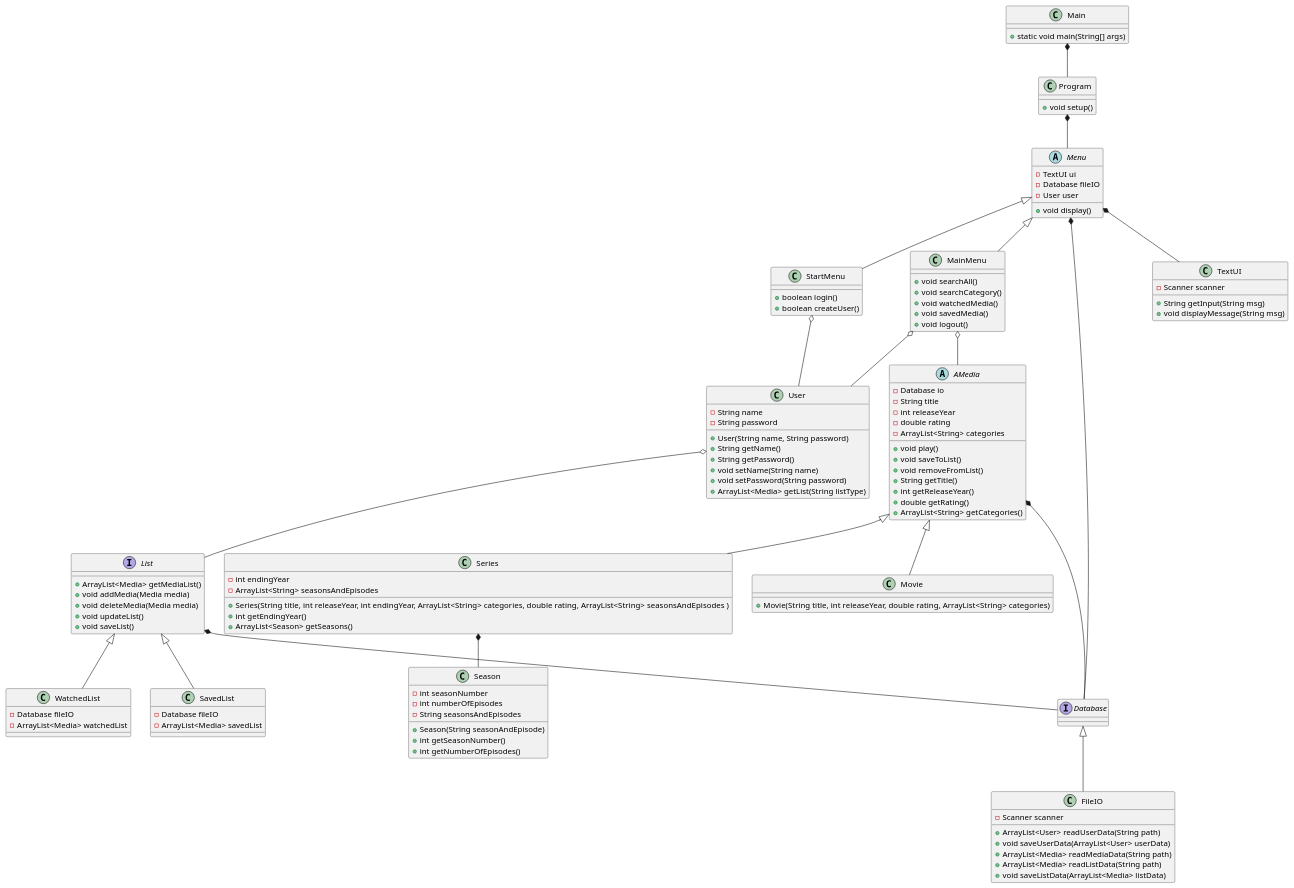
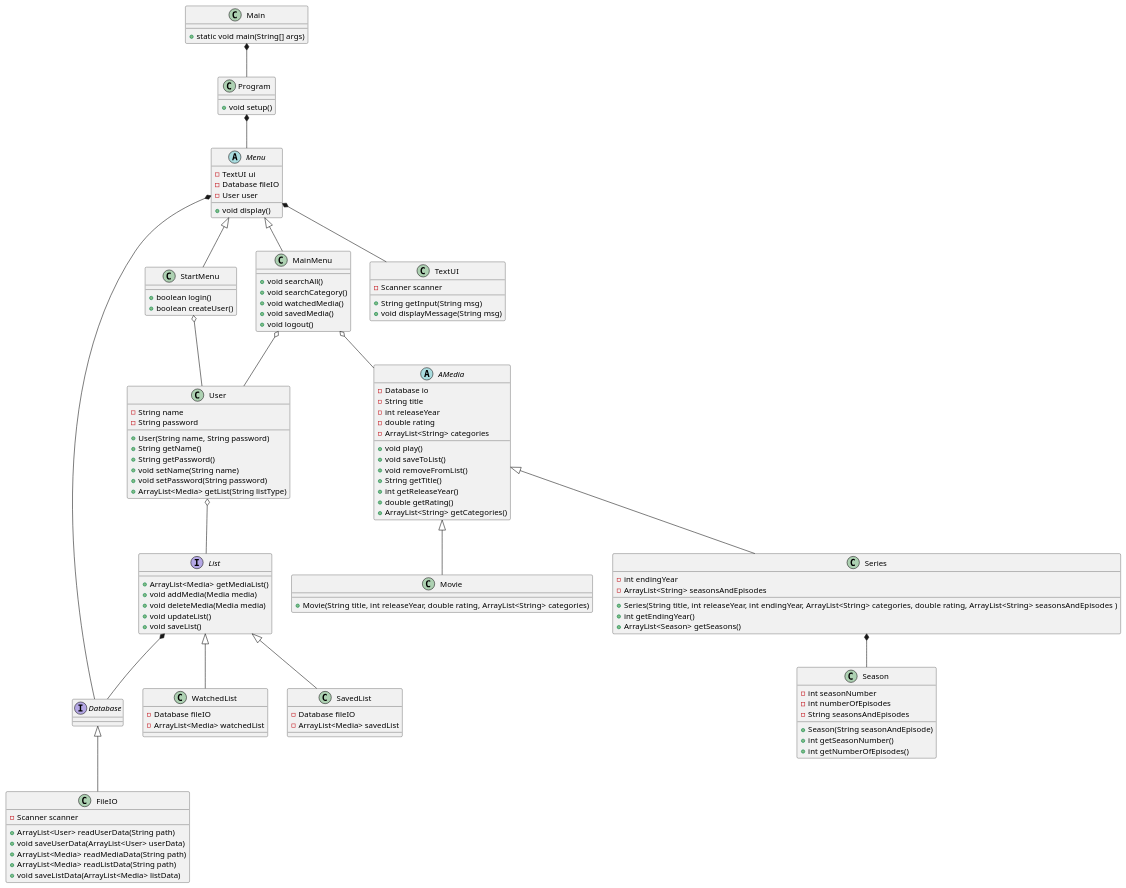
Before and after one commit to Eljeys/SP3-Gruppe-B: the diagram in UML_Diagrams/ClassDiagram_startDesign.puml, drawn with PlantUML.

Commit message:
changed class diagram

```diff
--- a/UML_Diagrams/ClassDiagram_startDesign.puml
+++ b/UML_Diagrams/ClassDiagram_startDesign.puml
@@ -1,117 +1,116 @@
 @startuml
 class Main
 class Program
 abstract Menu
 class StartMenu
 class MainMenu
 class TextUI
 class FileIO
 interface List
 class WatchedList
 class SavedList
 class User
 class Movie
 class Series
 class Season
 interface Database
 abstract AMedia
 
 Main *-- Program
 Program *-- Menu
 Menu <|-- StartMenu
 Menu <|-- MainMenu
 Menu *-- TextUI
 Menu *-- Database
 StartMenu o-- User
 MainMenu o-- User
 MainMenu o-- AMedia
 User o-- List
 List <|-- WatchedList
 List <|-- SavedList
 List *-- Database
-AMedia *-- Database
 AMedia <|-- Movie
 AMedia <|-- Series
 Series *-- Season
 Database <|-- FileIO
 
 
 Main : + static void main(String[] args)
 
 Program : + void setup()
 
 TextUI : - Scanner scanner
 TextUI : + String getInput(String msg)
 TextUI : + void displayMessage(String msg)
 
 FileIO : - Scanner scanner
 FileIO : + ArrayList<User> readUserData(String path)
 FileIO : + void saveUserData(ArrayList<User> userData)
 FileIO : + ArrayList<Media> readMediaData(String path)
 FileIO : + ArrayList<Media> readListData(String path)
 FileIO : + void saveListData(ArrayList<Media> listData)
 
 Menu : - TextUI ui
 Menu : - Database fileIO
 Menu : - User user
 Menu : + void display()
 
 StartMenu : + boolean login()
 StartMenu : + boolean createUser()
 
 MainMenu : + void searchAll()
 MainMenu : + void searchCategory()
 MainMenu : + void watchedMedia()
 MainMenu : + void savedMedia()
 MainMenu : + void logout()
 
 AMedia : - Database io
 AMedia : - String title
 AMedia : - int releaseYear
 AMedia : - double rating
 AMedia : - ArrayList<String> categories
 AMedia : + void play()
 AMedia : + void saveToList()
 AMedia : + void removeFromList()
 AMedia : + String getTitle()
 AMedia : + int getReleaseYear()
 AMedia : + double getRating()
 AMedia : + ArrayList<String> getCategories()
 
 Movie : + Movie(String title, int releaseYear, double rating, ArrayList<String> categories)
 
 Series : - int endingYear
 Series : - ArrayList<String> seasonsAndEpisodes
 Series : + Series(String title, int releaseYear, int endingYear, ArrayList<String> categories, double rating, ArrayList<String> seasonsAndEpisodes )
 Series : + int getEndingYear()
 Series : + ArrayList<Season> getSeasons()
 
 Season : - int seasonNumber
 Season : - int numberOfEpisodes
 Season : - String seasonsAndEpisodes
 Season : + Season(String seasonAndEpisode)
 Season : + int getSeasonNumber()
 Season : + int getNumberOfEpisodes()
 
 User : - String name
 User : - String password
 User : + User(String name, String password)
 User : + String getName()
 User : + String getPassword()
 User : + void setName(String name)
 User : + void setPassword(String password)
 User : + ArrayList<Media> getList(String listType)
 
 List : + ArrayList<Media> getMediaList()
 List : + void addMedia(Media media)
 List : + void deleteMedia(Media media)
 List : + void updateList()
 List : + void saveList()
 
 WatchedList : - Database fileIO
 WatchedList : - ArrayList<Media> watchedList
 
 SavedList : - Database fileIO
 SavedList : - ArrayList<Media> savedList
 
 @enduml
```
